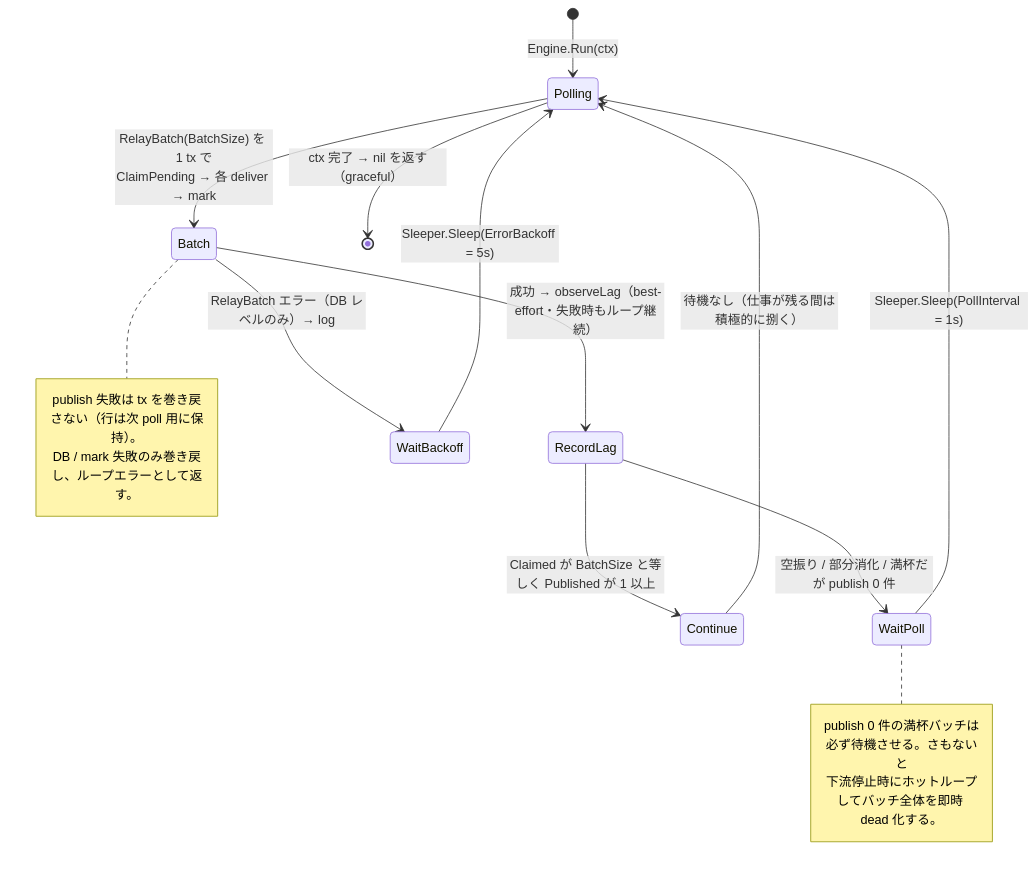
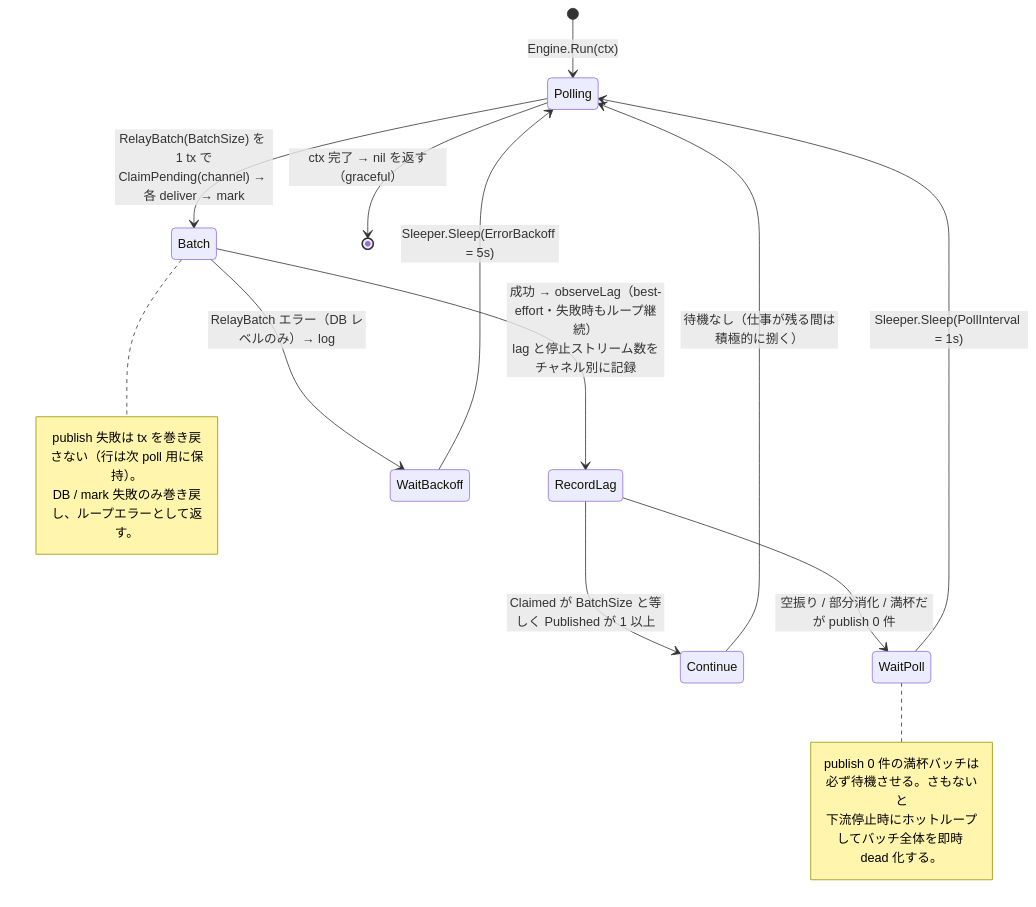
The second of 5 diagrams in docs/design/outbox.ja.md (Tomy-ch/go-boilerplate), drawn with Mermaid before and after one commit. The commit also changed other lines of this file and 19 other files, not shown here.

````diff
--- a/docs/design/outbox.ja.md
+++ b/docs/design/outbox.ja.md
@@ -67,22 +71,22 @@
 ```mermaid
 stateDiagram-v2
     [*] --> Polling: Engine.Run(ctx)
-    Polling --> Batch: RelayBatch(BatchSize) を 1 tx で<br/>ClaimPending → 各 deliver → mark
-    Batch --> RecordLag: 成功 → observeLag（best-effort・失敗時もループ継続）
+    Polling --> Batch: RelayBatch(BatchSize) を 1 tx で<br/>ClaimPending(channel) → 各 deliver → mark
+    Batch --> RecordLag: 成功 → observeLag（best-effort・失敗時もループ継続）<br/>lag と停止ストリーム数をチャネル別に記録
     RecordLag --> Continue: Claimed が BatchSize と等しく Published が 1 以上
     RecordLag --> WaitPoll: 空振り / 部分消化 / 満杯だが publish 0 件
     Batch --> WaitBackoff: RelayBatch エラー（DB レベルのみ）→ log
     Continue --> Polling: 待機なし（仕事が残る間は積極的に捌く）
     WaitPoll --> Polling: Sleeper.Sleep(PollInterval = 1s)
     WaitBackoff --> Polling: Sleeper.Sleep(ErrorBackoff = 5s)
     Polling --> [*]: ctx 完了 → nil を返す（graceful）
 
     note right of WaitPoll
       publish 0 件の満杯バッチは必ず待機させる。さもないと
       下流停止時にホットループしてバッチ全体を即時 dead 化する。
     end note
     note right of Batch
       publish 失敗は tx を巻き戻さない（行は次 poll 用に保持）。
       DB / mark 失敗のみ巻き戻し、ループエラーとして返す。
     end note
 ```
````
